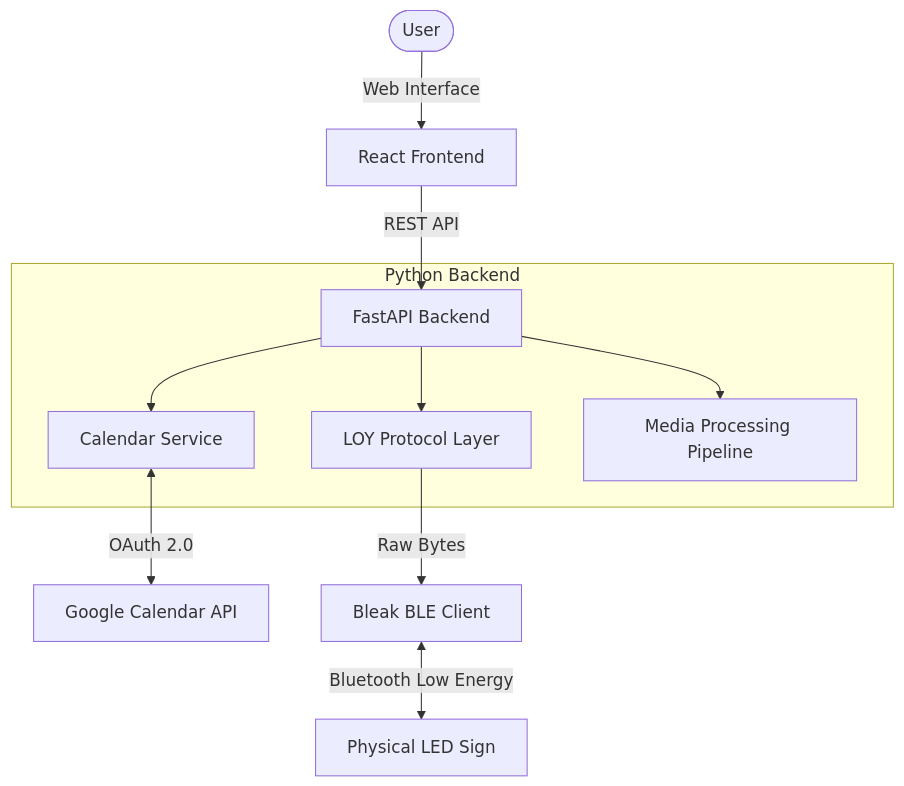
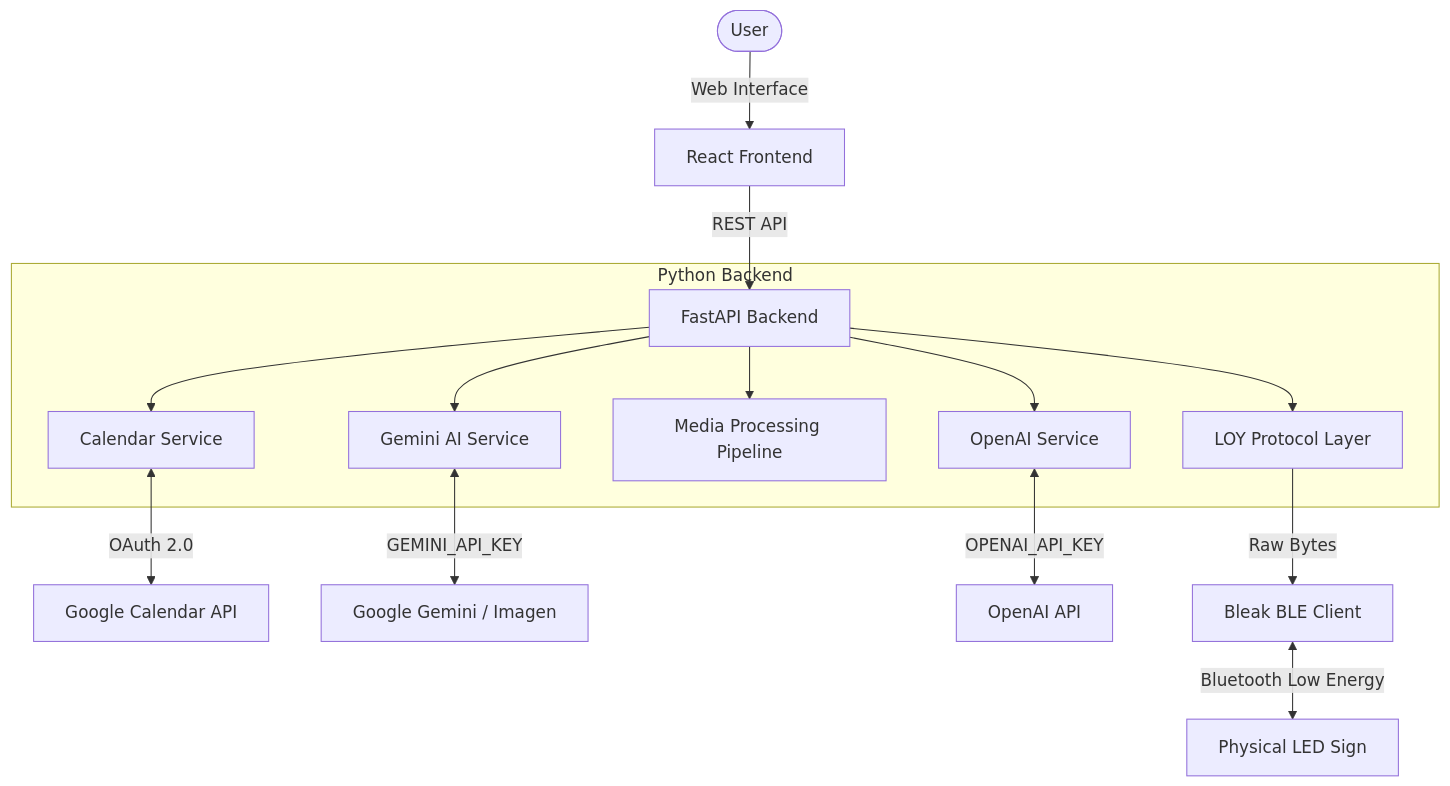
The diagram in docs/ARCHITECTURE.md (BraydenHermann/LED_Sign), drawn with Mermaid before and after one commit. The commit also changed other lines of this file and 1 other file, not shown here.

First line of the commit message:
docs: Document Gemini and OpenAI AI media generation features

````diff
--- a/docs/ARCHITECTURE.md
+++ b/docs/ARCHITECTURE.md
@@ -33,16 +40,20 @@
 ```mermaid
 flowchart TD
     User([User]) --> |Web Interface| Frontend[React Frontend]
     Frontend --> |REST API| Backend[FastAPI Backend]
     
     subgraph Python Backend
         Backend --> CalendarService[Calendar Service]
         Backend --> Protocol[LOY Protocol Layer]
         Backend --> Media[Media Processing Pipeline]
+        Backend --> GeminiSvc[Gemini AI Service]
+        Backend --> OpenAISvc[OpenAI Service]
     end
     
     CalendarService <--> |OAuth 2.0| GoogleAPI[Google Calendar API]
+    GeminiSvc <--> |GEMINI_API_KEY| GeminiAPI[Google Gemini / Imagen]
+    OpenAISvc <--> |OPENAI_API_KEY| OpenAIAPI[OpenAI API]
     Protocol --> |Raw Bytes| BLE[Bleak BLE Client]
     
     BLE <--> |Bluetooth Low Energy| Hardware[Physical LED Sign]
 ```
````
